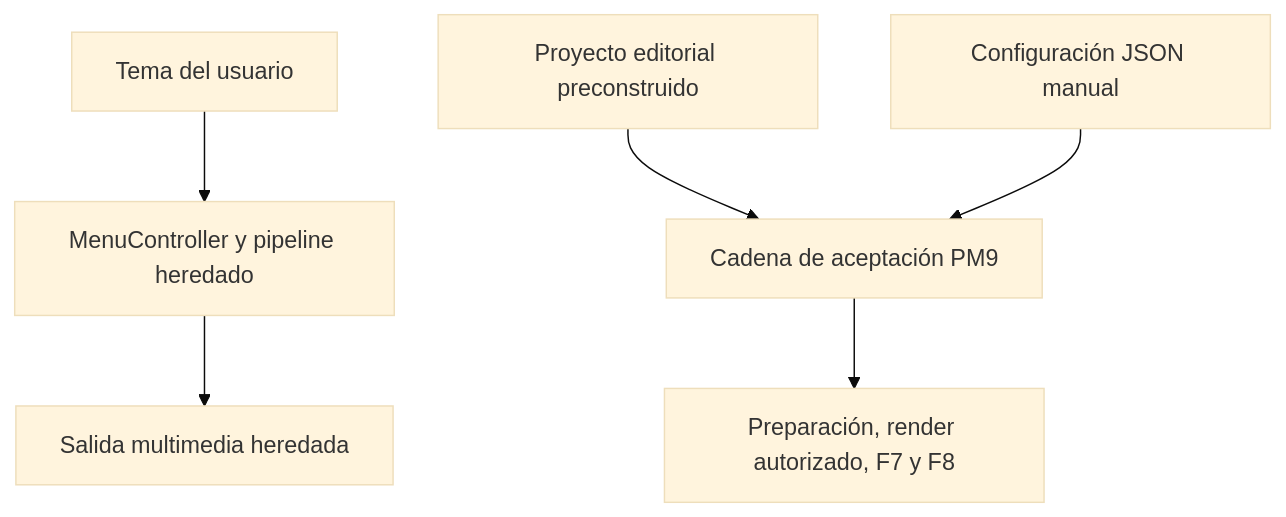
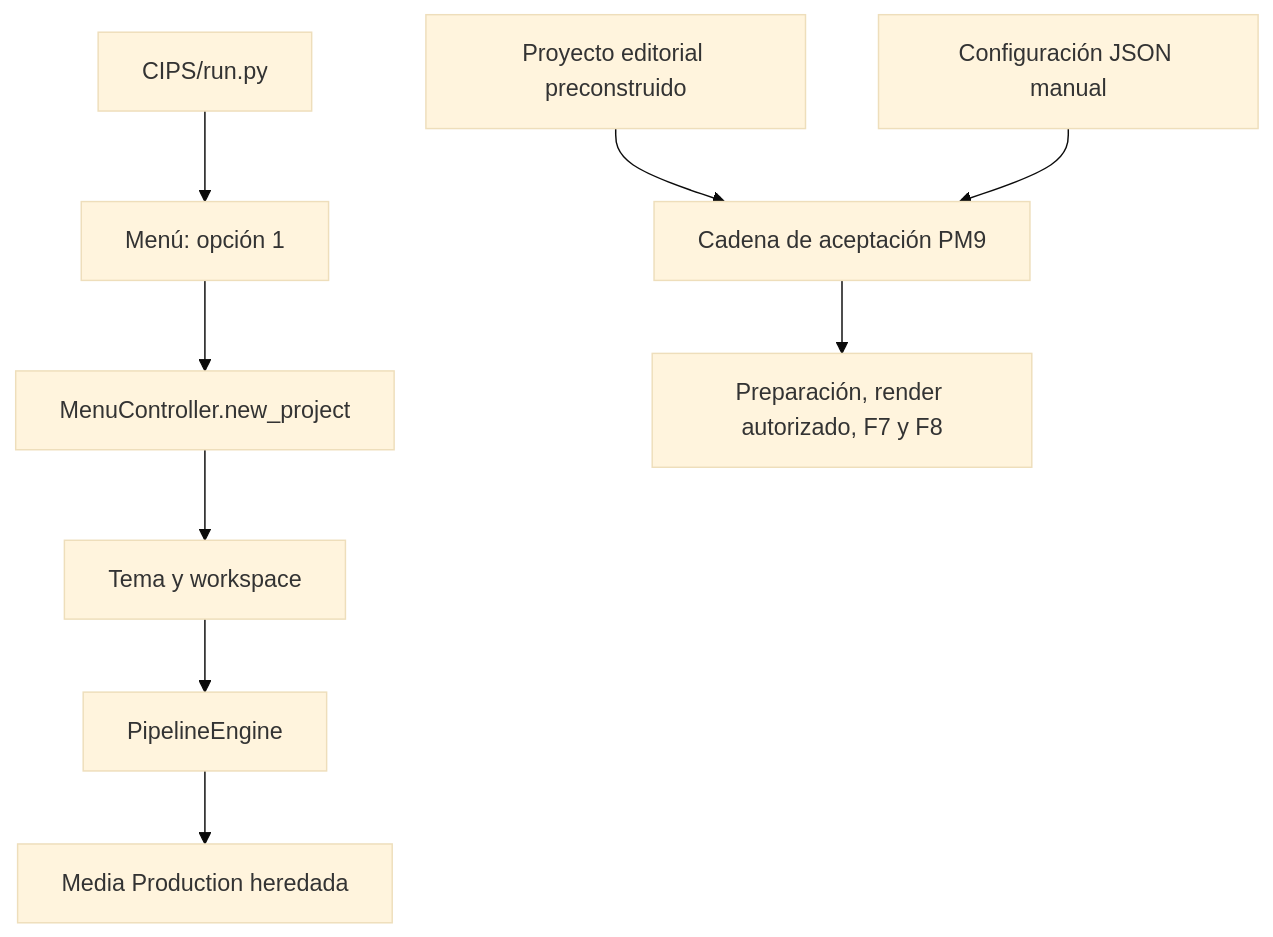
One commit to RayIA007/CIPS changed the first of 2 diagrams in 90_SPECIFICATIONS/02_SYSTEMS/FAO_OPERATIONAL_CONTRACT_V1.md. Above: the diagram before and after it, drawn with Mermaid (base theme). The commit also changed other lines of this file and 2 other files, not shown here.

````diff
--- a/90_SPECIFICATIONS/02_SYSTEMS/FAO_OPERATIONAL_CONTRACT_V1.md
+++ b/90_SPECIFICATIONS/02_SYSTEMS/FAO_OPERATIONAL_CONTRACT_V1.md
@@ -58,8 +59,11 @@
 ```mermaid
 flowchart TD
-    U["Tema del usuario"] --> L["MenuController y pipeline heredado"]
-    L --> LM["Salida multimedia heredada"]
+    U["CIPS/run.py"] --> M["Menú: opción 1"]
+    M --> L["MenuController.new_project"]
+    L --> T["Tema y workspace"]
+    T --> E["PipelineEngine"]
+    E --> LM["Media Production heredada"]
     P["Proyecto editorial preconstruido"] --> A["Cadena de aceptación PM9"]
     C["Configuración JSON manual"] --> A
     A --> R["Preparación, render autorizado, F7 y F8"]
 ```
````
